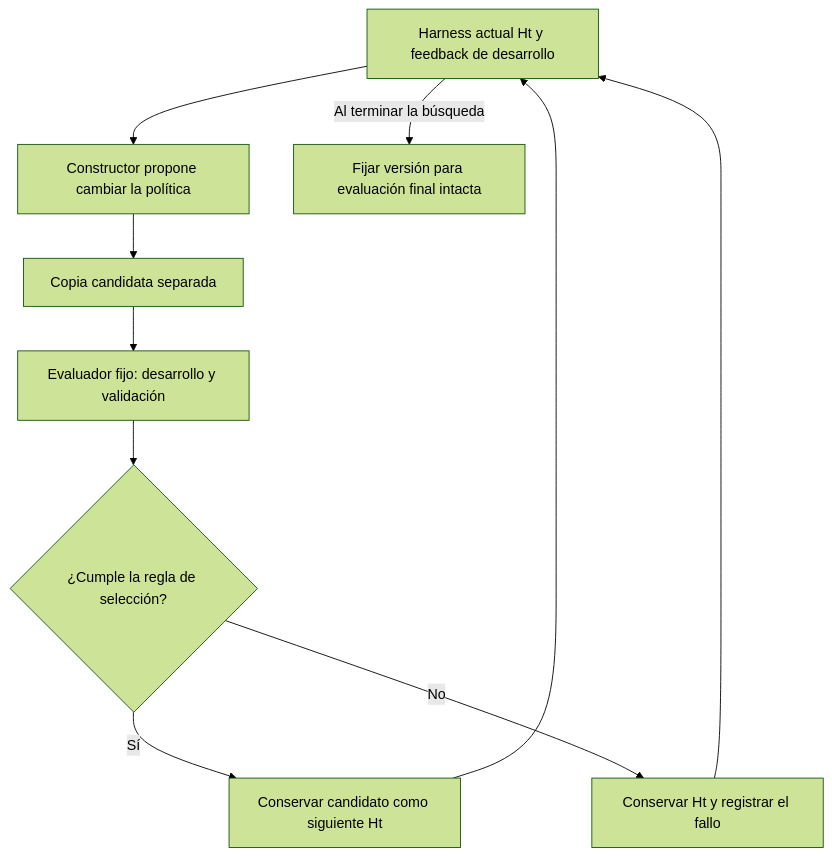
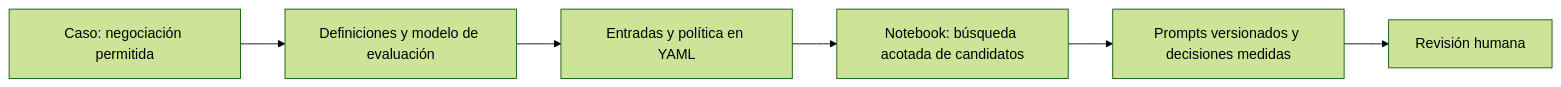
The diagram in research/proposals/case-0003-debt-negotiation/README.es.md (jairzinhosantos/thinking-harness), drawn with Mermaid (forest theme) before and after one commit. The commit also changed other lines of this file and 19 other files, not shown here.

````diff
--- a/research/proposals/case-0003-debt-negotiation/README.es.md
+++ b/research/proposals/case-0003-debt-negotiation/README.es.md
@@ -129,12 +44,8 @@
 ```mermaid
-flowchart TD
-    H[Harness actual Ht y feedback de desarrollo] --> B[Constructor propone cambiar la política]
-    B --> C[Copia candidata separada]
-    C --> E[Evaluador fijo: desarrollo y validación]
-    E --> G{¿Cumple la regla de selección?}
-    G -->|Sí| N[Conservar candidato como siguiente Ht]
-    G -->|No| K[Conservar Ht y registrar el fallo]
-    N --> H
-    K --> H
-    H -->|Al terminar la búsqueda| F[Fijar versión para evaluación final intacta]
+flowchart LR
+    A[Caso: negociación permitida] --> B[Definiciones y modelo de evaluación]
+    B --> C[Entradas y política en YAML]
+    C --> D[Notebook: búsqueda acotada de candidatos]
+    D --> E[Prompts versionados y decisiones medidas]
+    E --> F[Revisión humana]
 ```
````
